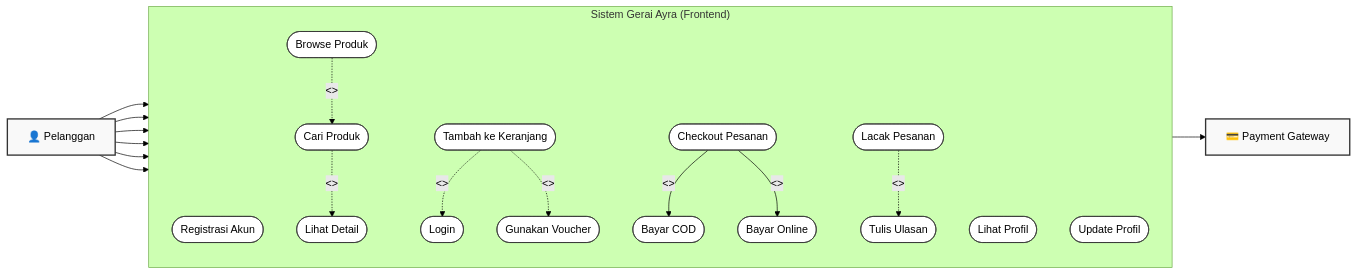
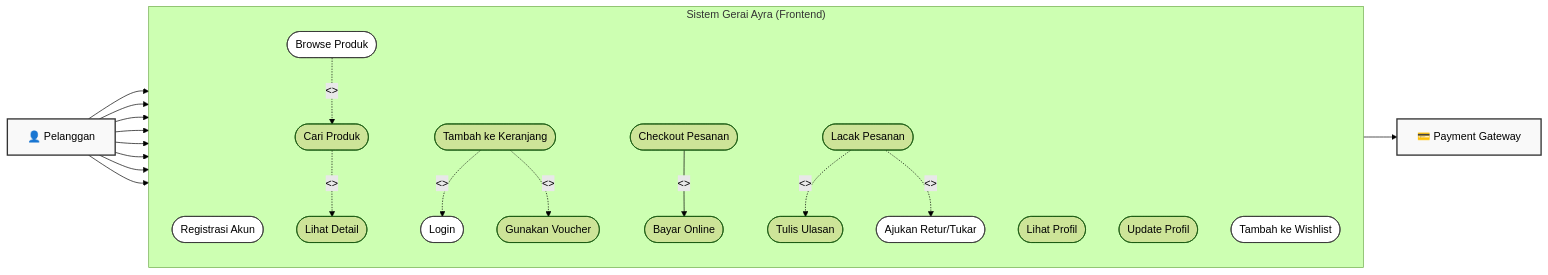
One commit to Grinti123/gerai-ayra-fullstack changed the first of 2 diagrams in usecase-diagram.md. Above: the diagram before and after it, drawn with Mermaid (forest theme). The commit also changed other lines of this file and 229 other files, not shown here.

````diff
--- a/usecase-diagram.md
+++ b/usecase-diagram.md
@@ -9,71 +9,64 @@
 ```mermaid
 graph LR
     %% Actors
     C["👤 Pelanggan"]
     PG["💳 Payment Gateway"]
 
     %% System Boundary
     subgraph "Sistem Gerai Ayra (Frontend)"
         direction TB
         
         %% Account Use Cases
         UC1([Registrasi Akun])
         UC2([Login])
         UC14([Lihat Profil])
         UC15([Update Profil])
         
         %% Shop Use Cases
         UC3([Browse Produk])
         UC4([Cari Produk])
         UC5([Lihat Detail])
         UC6([Tambah ke Keranjang])
+        UC19([Tambah ke Wishlist])
         UC18([Gunakan Voucher])
         
-        %% Checkout Use Cases
+        %% Checkout & Orders
         UC9([Checkout Pesanan])
-        UC10([Bayar COD])
         UC11([Bayar Online])
         UC12([Lacak Pesanan])
         UC13([Tulis Ulasan])
+        UC20([Ajukan Retur/Tukar])
     end
 
     %% Actor Relationships
     C --> UC1
     C --> UC2
     C --> UC3
     C --> UC9
     C --> UC12
     C --> UC14
+    C --> UC19
+    C --> UC20
 
     %% Internal Relationships (Include/Extend)
     UC3 -.->|<<extend>>| UC4
     UC4 -.->|<<extend>>| UC5
     UC6 -.->|<<include>>| UC2
     UC6 -.->|<<extend>>| UC18
     
-    UC9 -->|<<include>>| UC10
     UC9 -->|<<include>>| UC11
-    
     UC12 -.->|<<extend>>| UC13
+    UC12 -.->|<<extend>>| UC20
 
     %% External System Relationship
     UC11 --> PG
     
     %% Styling
     style C fill:#f9f9f9,stroke:#333,stroke-width:2px
     style PG fill:#f9f9f9,stroke:#333,stroke-width:2px
     style UC1 fill:#fff,stroke:#333,stroke-width:1px
     style UC2 fill:#fff,stroke:#333,stroke-width:1px
     style UC3 fill:#fff,stroke:#333,stroke-width:1px
-    style UC4 fill:#fff,stroke:#333,stroke-width:1px
-    style UC5 fill:#fff,stroke:#333,stroke-width:1px
-    style UC6 fill:#fff,stroke:#333,stroke-width:1px
-    style UC18 fill:#fff,stroke:#333,stroke-width:1px
-    style UC9 fill:#fff,stroke:#333,stroke-width:1px
-    style UC10 fill:#fff,stroke:#333,stroke-width:1px
-    style UC11 fill:#fff,stroke:#333,stroke-width:1px
-    style UC12 fill:#fff,stroke:#333,stroke-width:1px
-    style UC14 fill:#fff,stroke:#333,stroke-width:1px
-    style UC15 fill:#fff,stroke:#333,stroke-width:1px
-    style UC13 fill:#fff,stroke:#333,stroke-width:1px
+    style UC19 fill:#fff,stroke:#333,stroke-width:1px
+    style UC20 fill:#fff,stroke:#333,stroke-width:1px
 ```
````
